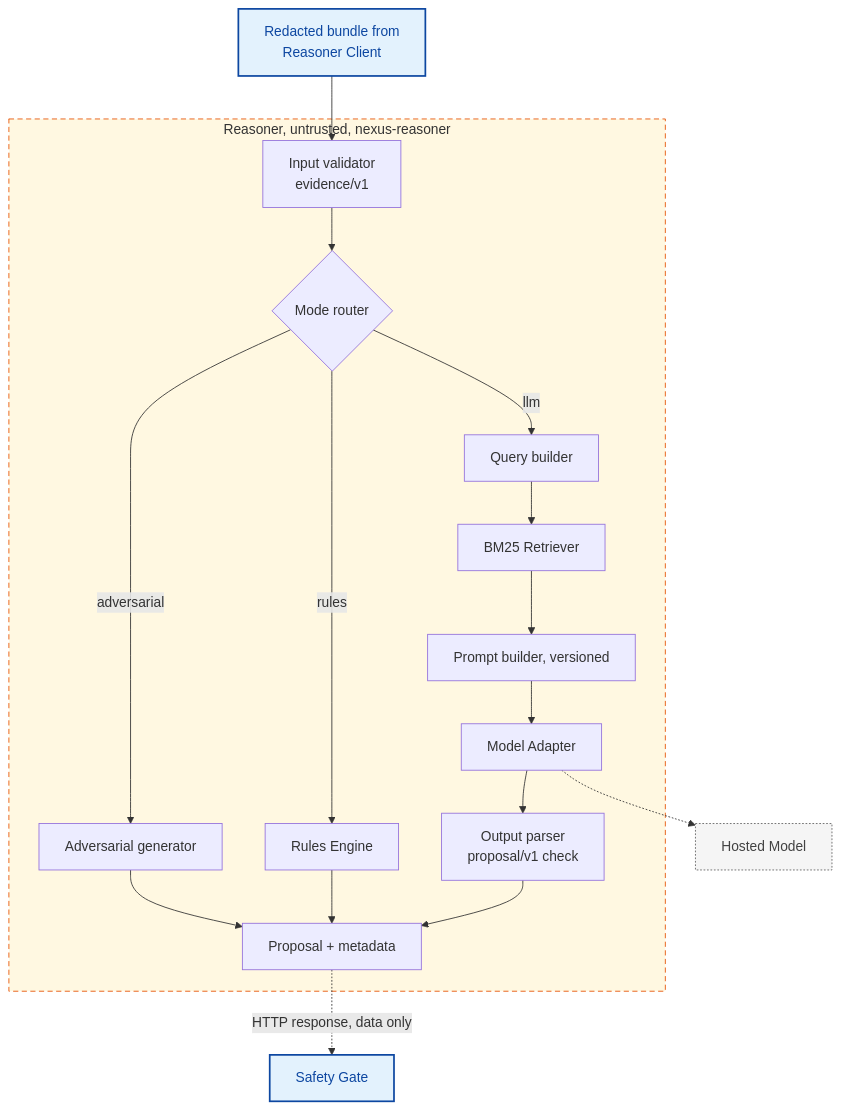
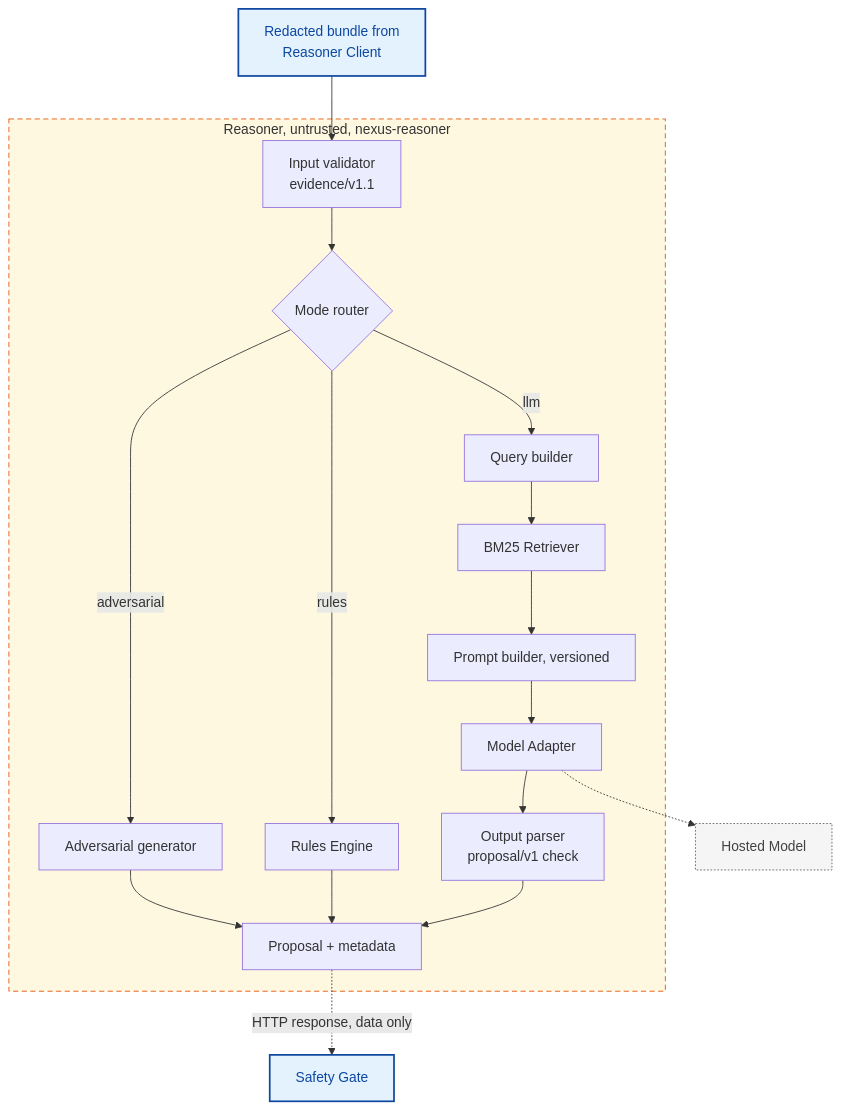
One commit to koussayx8/nexus-platform changed diagram 14 of 24 in docs/architecture/final-spec.md. Above: the diagram before and after it, drawn with Mermaid. The commit also changed other lines of this file, not shown here.

````diff
--- a/docs/architecture/final-spec.md
+++ b/docs/architecture/final-spec.md
@@ -1170,24 +1195,24 @@
 ```mermaid
 flowchart TD
   subgraph RS[Reasoner, untrusted, nexus-reasoner]
-    IV[Input validator<br/>evidence/v1]
+    IV[Input validator<br/>evidence/v1.1]
     MR{Mode router}
     R0[Adversarial generator]
     R1[Rules Engine]
     QB[Query builder]
     BM[BM25 Retriever]
     PB[Prompt builder, versioned]
     MA[Model Adapter]
     OPS[Output parser<br/>proposal/v1 check]
     OUT[Proposal + metadata]
   end
   IN[Redacted bundle from<br/>Reasoner Client]:::bounded --> IV --> MR
   MR -->|adversarial| R0 --> OUT
   MR -->|rules| R1 --> OUT
   MR -->|llm| QB --> BM --> PB --> MA --> OPS --> OUT
   MA -.-> HM[Hosted Model]:::external
   OUT -.->|HTTP response, data only| CL[Safety Gate]:::bounded
   classDef bounded fill:#E3F2FD,stroke:#0D47A1,stroke-width:2px,color:#0D47A1
   classDef external fill:#F5F5F5,stroke:#616161,stroke-width:1px,stroke-dasharray:2 2,color:#424242
   style RS fill:#FFF8E1,stroke:#E65100,stroke-dasharray:6 4
 ```
````
